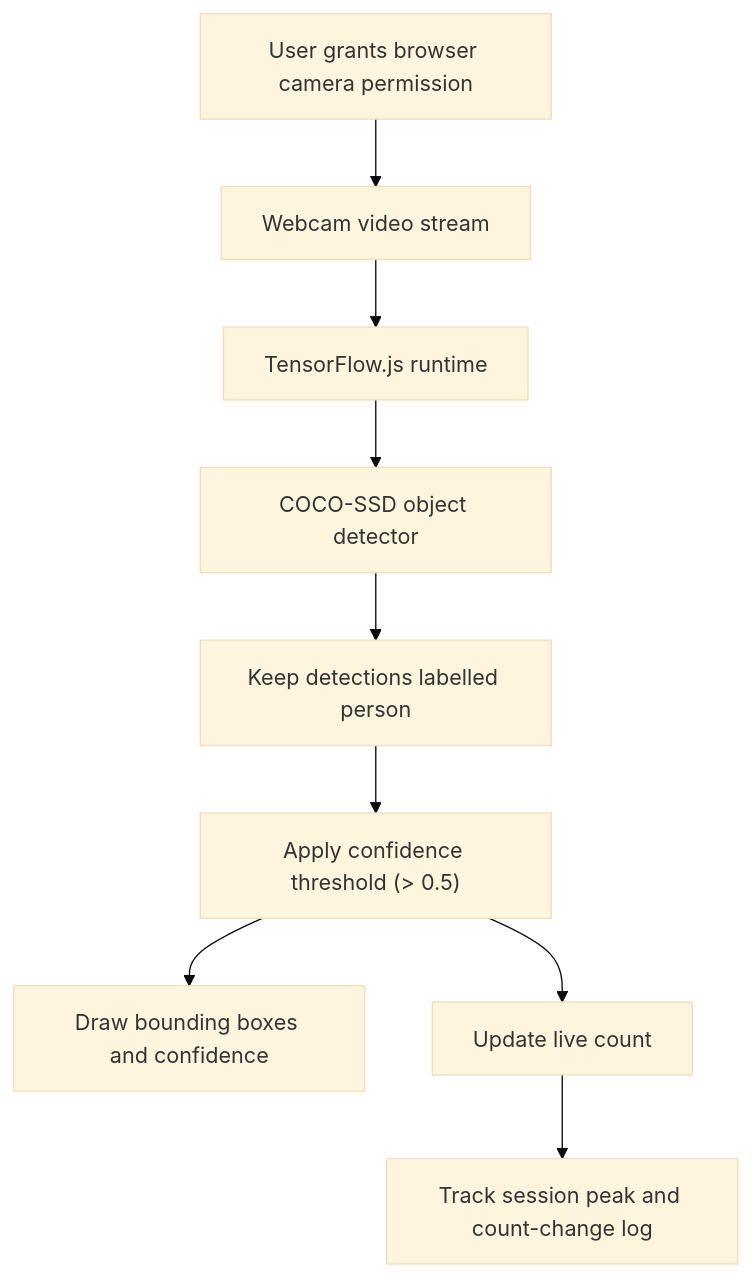
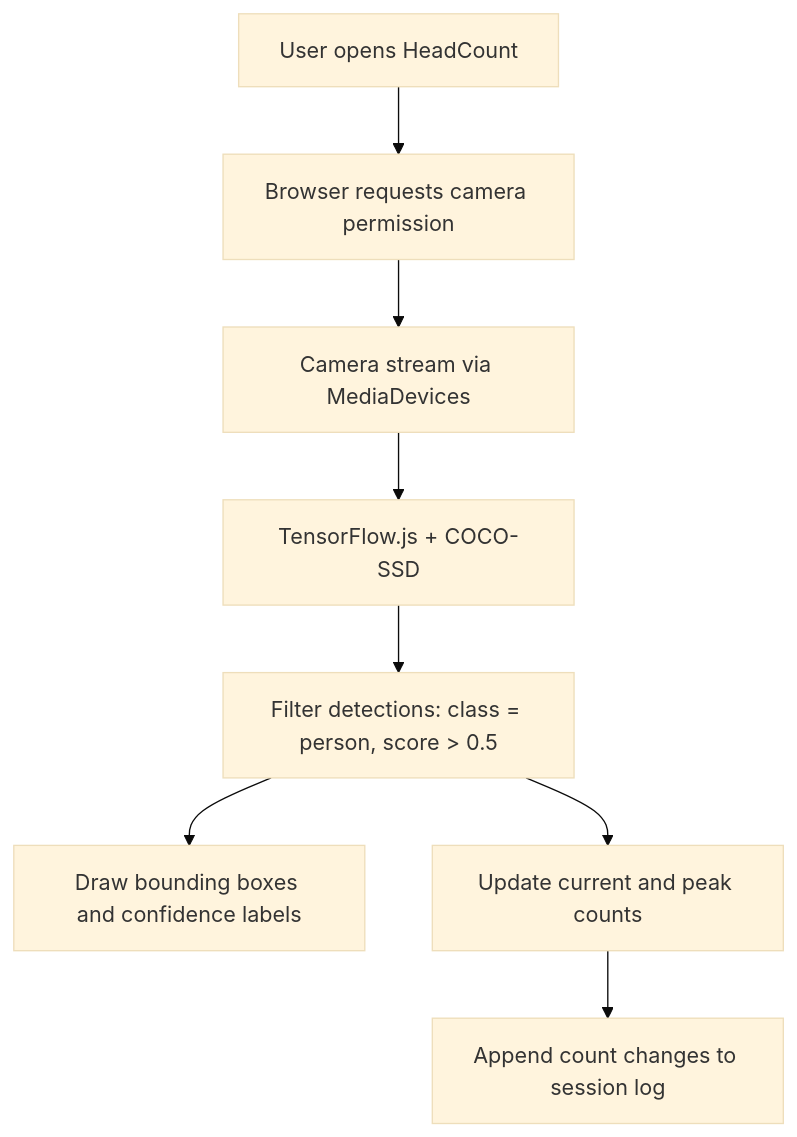
One commit to MokuLakshithReddy/people-counter-live changed the diagram in README.md. Above: the diagram before and after it, drawn with Mermaid (base theme). The commit also changed other lines of this file, not shown here.

Commit message:
docs: add workflow diagram and evidence notes

````diff
--- a/README.md
+++ b/README.md
@@ -16,11 +17,10 @@
 ```mermaid
 flowchart TD
-    A["User grants browser camera permission"] --> B["Webcam video stream"]
-    B --> C["TensorFlow.js runtime"]
-    C --> D["COCO-SSD object detector"]
-    D --> E["Keep detections labelled person"]
-    E --> F["Apply confidence threshold (> 0.5)"]
-    F --> G["Draw bounding boxes and confidence"]
-    F --> H["Update live count"]
-    H --> I["Track session peak and count-change log"]
+    A["User opens HeadCount"] --> B["Browser requests camera permission"]
+    B --> C["Camera stream via MediaDevices"]
+    C --> D["TensorFlow.js + COCO-SSD"]
+    D --> E["Filter detections: class = person, score > 0.5"]
+    E --> F["Draw bounding boxes and confidence labels"]
+    E --> G["Update current and peak counts"]
+    G --> H["Append count changes to session log"]
 ```
````
